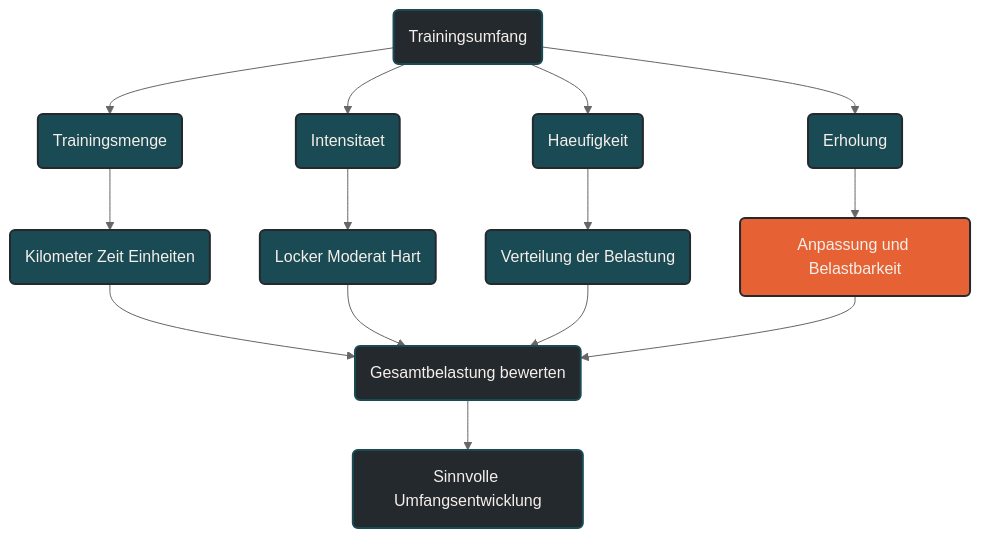
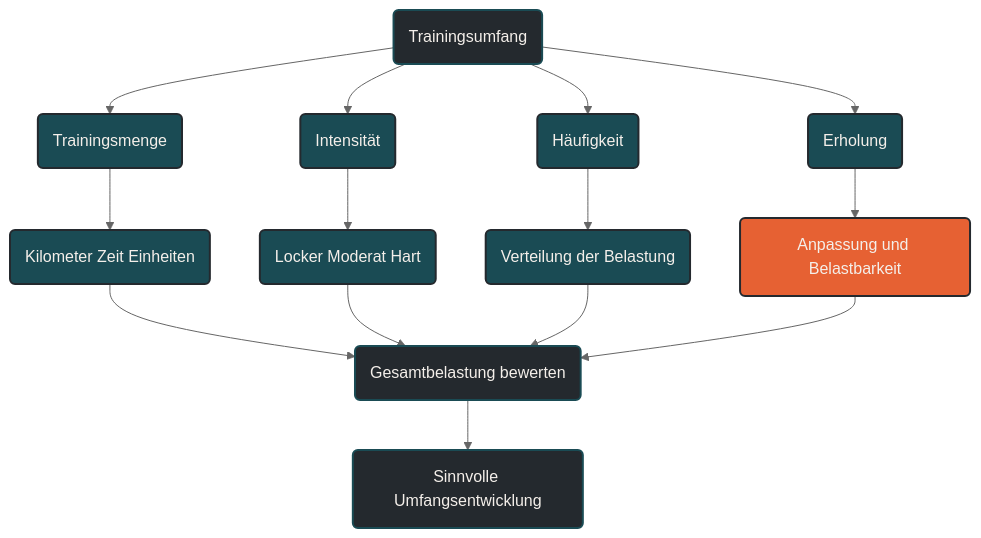
One commit to Quixos40K/ausdauersport-typemill changed the diagram in content/00-ausdauersport/00-trainingswissenschaft/03-trainingsplanung/03-trainingsumfang.md. Above: the diagram before and after it, drawn with Mermaid (neutral theme).

Commit message:
Fix spelling of 'Intensität' and 'Häufigkeit'

````diff
--- a/content/00-ausdauersport/00-trainingswissenschaft/03-trainingsplanung/03-trainingsumfang.md
+++ b/content/00-ausdauersport/00-trainingswissenschaft/03-trainingsplanung/03-trainingsumfang.md
@@ -89,36 +89,36 @@
 ```mermaid
 graph TD
     A(Trainingsumfang) --> B(Trainingsmenge)
-    A --> C(Intensitaet)
-    A --> D(Haeufigkeit)
+    A --> C(Intensität)
+    A --> D(Häufigkeit)
     A --> E(Erholung)
 
     B --> F(Kilometer Zeit Einheiten)
     C --> G(Locker Moderat Hart)
     D --> H(Verteilung der Belastung)
     E --> I(Anpassung und Belastbarkeit)
 
     F --> J(Gesamtbelastung bewerten)
     G --> J
     H --> J
     I --> J
 
     J --> K(Sinnvolle Umfangsentwicklung)
 
     classDef default fill:#F4EFEA,stroke:#1A4B54,stroke-width:2px,color:#24292E;
     classDef primary fill:#1A4B54,stroke:#24292E,stroke-width:2px,color:#F4EFEA;
     classDef highlight fill:#E66133,stroke:#24292E,stroke-width:2px,color:#F4EFEA;
     classDef dark fill:#24292E,stroke:#1A4B54,stroke-width:2px,color:#F4EFEA;
 
     class A dark;
     class B primary;
     class C primary;
     class D primary;
     class E primary;
     class F primary;
     class G primary;
     class H primary;
     class I highlight;
     class J dark;
     class K dark;
 ```
````
